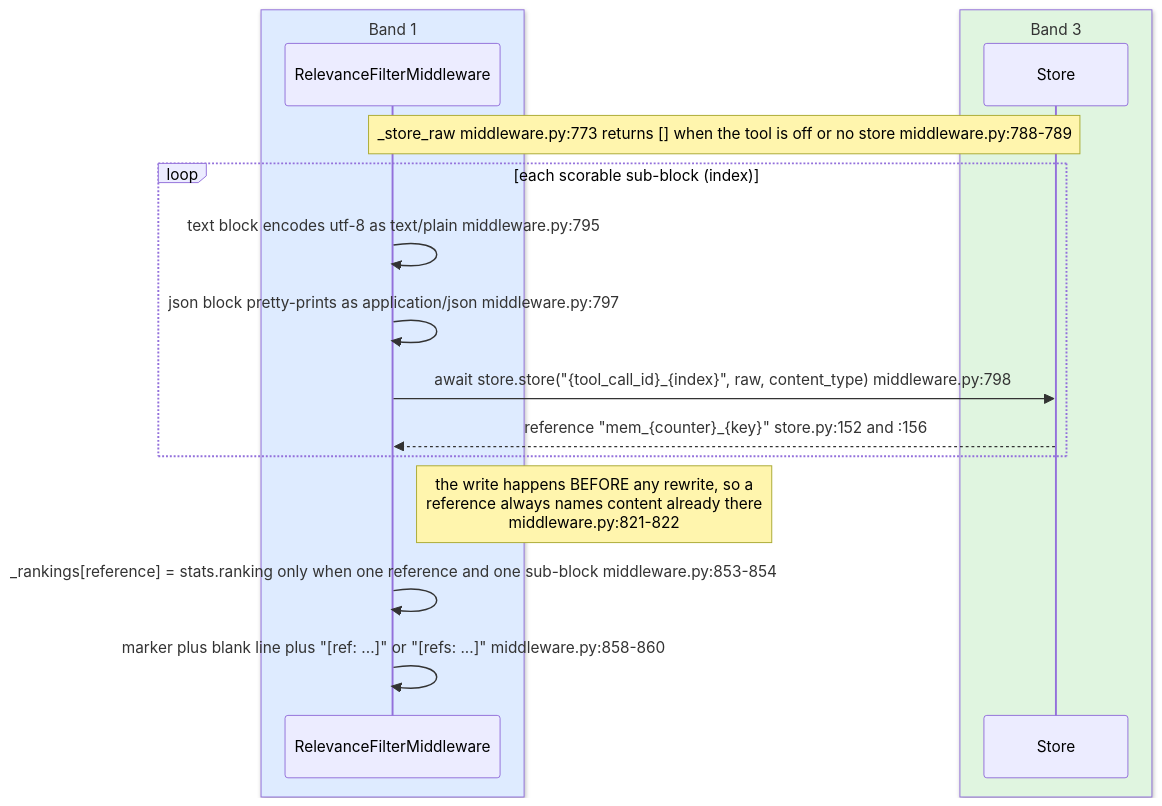
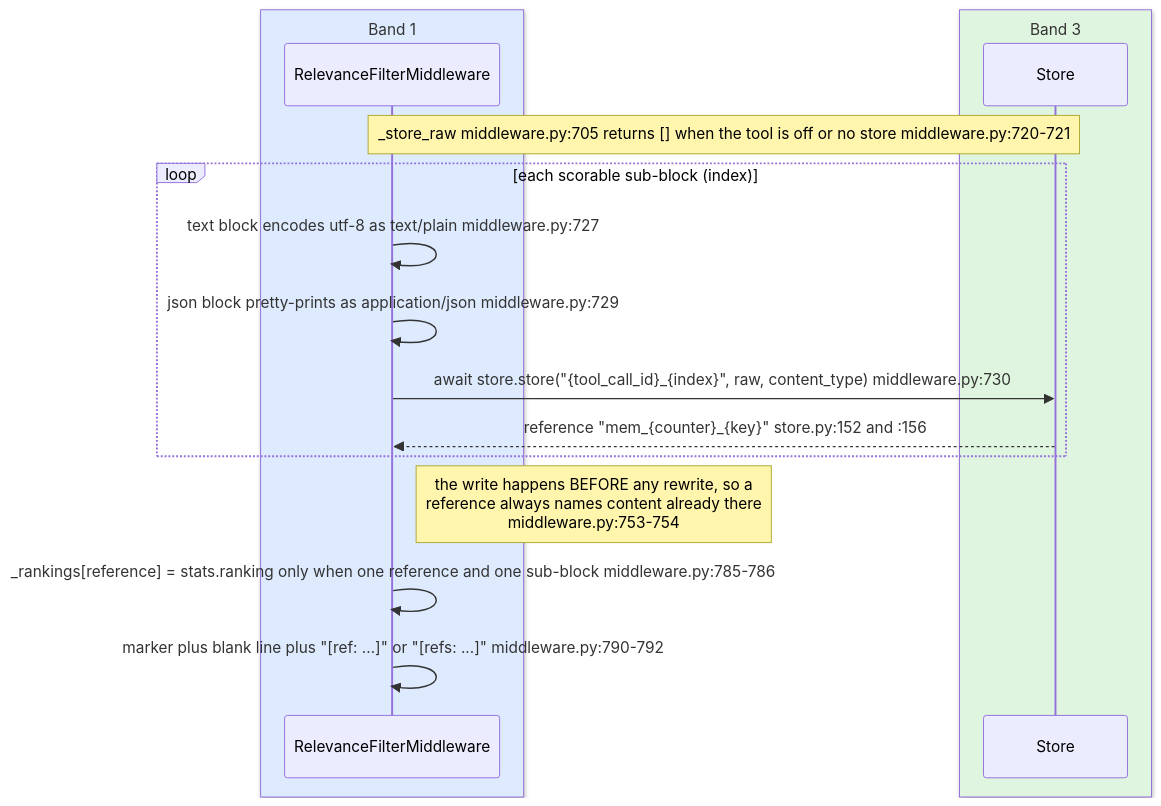
One commit to aws-samples/sample-context-engineering changed the second of 4 diagrams in docs/design/sequence/langgraph/sequence-a-relevance.md. Above: the diagram before and after it, drawn with Mermaid. The commit also changed other lines of this file and 3 other files, not shown here.

First line of the commit message:
docs(langgraph): re-point the sequence-doc refs this branch moved

````diff
--- a/docs/design/sequence/langgraph/sequence-a-relevance.md
+++ b/docs/design/sequence/langgraph/sequence-a-relevance.md
@@ -288,20 +291,20 @@
 ```mermaid
 sequenceDiagram
     box rgb(222,235,255) Band 1
         participant MW as RelevanceFilterMiddleware
     end
     box rgb(224,245,224) Band 3
         participant Store as Store
     end
 
-    Note over MW,Store: _store_raw  middleware.py:773  returns [] when the tool is off or no store  middleware.py:788-789
+    Note over MW,Store: _store_raw  middleware.py:705  returns [] when the tool is off or no store  middleware.py:720-721
     loop each scorable sub-block (index)
-        MW->>MW: text block encodes utf-8 as text/plain  middleware.py:795
-        MW->>MW: json block pretty-prints as application/json  middleware.py:797
-        MW->>Store: await store.store("{tool_call_id}_{index}", raw, content_type)  middleware.py:798
+        MW->>MW: text block encodes utf-8 as text/plain  middleware.py:727
+        MW->>MW: json block pretty-prints as application/json  middleware.py:729
+        MW->>Store: await store.store("{tool_call_id}_{index}", raw, content_type)  middleware.py:730
         Store-->>MW: reference "mem_{counter}_{key}"  store.py:152 and :156
     end
-    Note right of MW: the write happens BEFORE any rewrite, so a<br/>reference always names content already there<br/>middleware.py:821-822
-    MW->>MW: _rankings[reference] = stats.ranking only when one reference and one sub-block  middleware.py:853-854
-    MW->>MW: marker plus blank line plus "[ref: ...]" or "[refs: ...]"  middleware.py:858-860
+    Note right of MW: the write happens BEFORE any rewrite, so a<br/>reference always names content already there<br/>middleware.py:753-754
+    MW->>MW: _rankings[reference] = stats.ranking only when one reference and one sub-block  middleware.py:785-786
+    MW->>MW: marker plus blank line plus "[ref: ...]" or "[refs: ...]"  middleware.py:790-792
 ```
````
